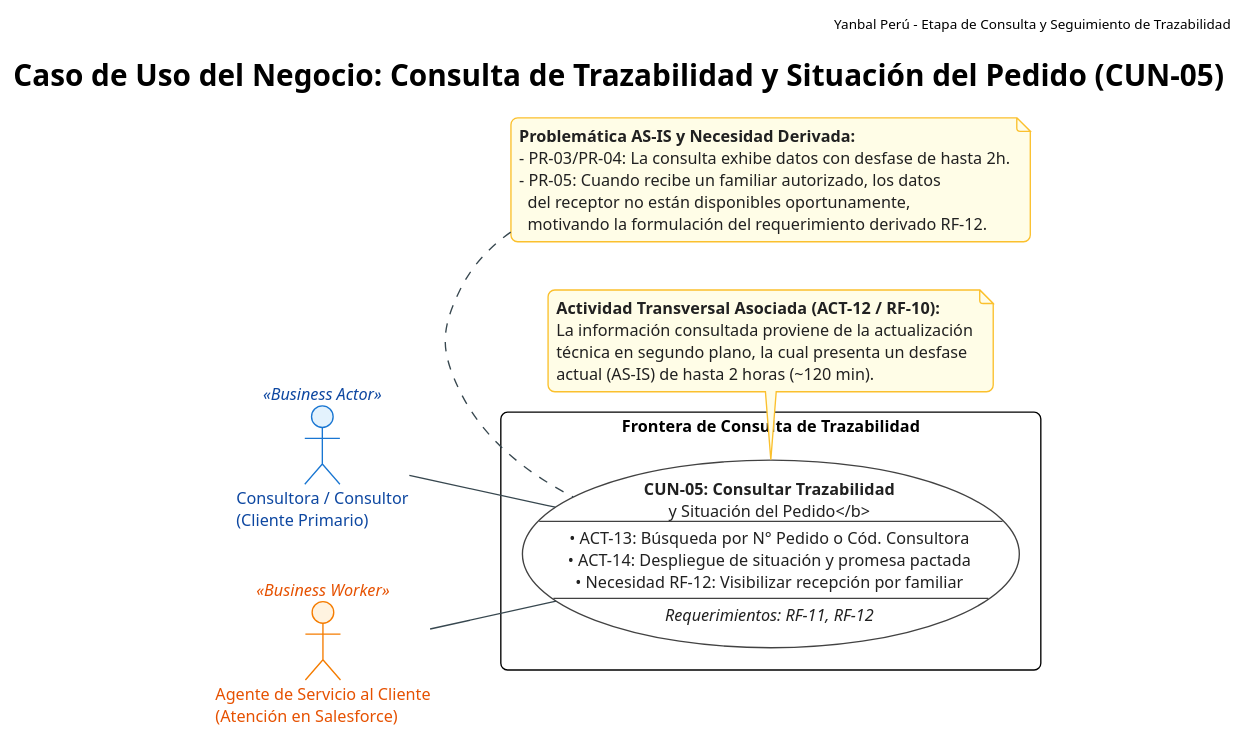
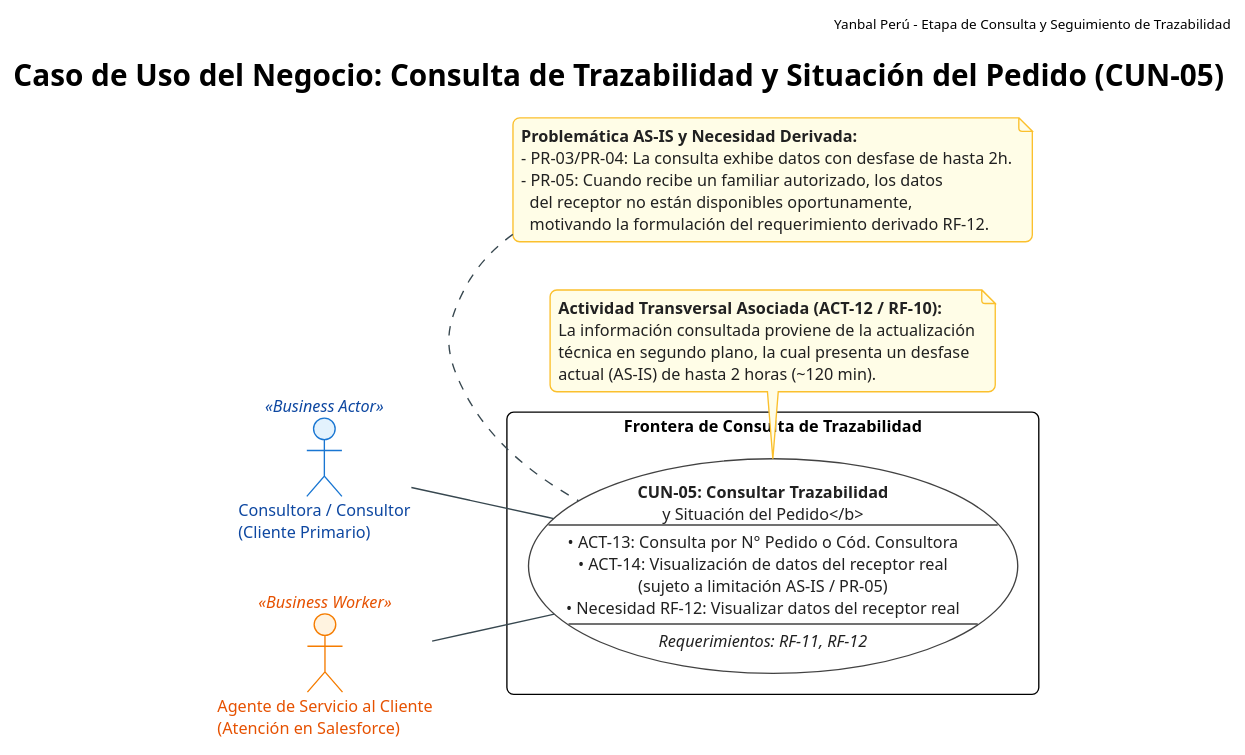
Before and after one commit to SaraviaH/arq-emp: the diagram in arq-emp AS-IS/Diagrama de Casos de Uso del Negocio (CUN)/CUN_Paquete_Consulta.puml, drawn with PlantUML. The commit also changed 8 other files, not shown here.

```diff
--- a/arq-emp AS-IS/Diagrama de Casos de Uso del Negocio (CUN)/CUN_Paquete_Consulta.puml
+++ b/arq-emp AS-IS/Diagrama de Casos de Uso del Negocio (CUN)/CUN_Paquete_Consulta.puml
@@ -1,65 +1,65 @@
 @startuml CUN_Paquete_Consulta
 !theme plain
 skinparam shadowing false
 skinparam roundcorner 10
 skinparam defaultFontName "Arial"
 skinparam defaultFontSize 12
 
 skinparam actor {
     BackgroundColor<<Business Actor>> #E3F2FD
     BorderColor<<Business Actor>> #1976D2
     FontColor<<Business Actor>> #0D47A1
     
     BackgroundColor<<Business Worker>> #FFF3E0
     BorderColor<<Business Worker>> #F57C00
     FontColor<<Business Worker>> #E65100
 }
 
 skinparam usecase {
     BackgroundColor #FFFFFF
     BorderColor #424242
     ArrowColor #37474F
     FontColor #212121
 }
 
 skinparam note {
     BackgroundColor #FFFDE7
     BorderColor #FBC02D
     FontColor #212121
 }
 
 left to right direction
 
 header Yanbal Perú - Etapa de Consulta y Seguimiento de Trazabilidad
 title Caso de Uso del Negocio: Consulta de Trazabilidad y Situación del Pedido (CUN-05)
 
 actor "Consultora / Consultor\n(Cliente Primario)" as ActorConsultora <<Business Actor>>
 actor "Agente de Servicio al Cliente\n(Atención en Salesforce)" as WorkerAgente <<Business Worker>>
 
 rectangle "Frontera de Consulta de Trazabilidad" {
-    usecase "<b>CUN-05: Consultar Trazabilidad\ny Situación del Pedido</b>\n---\n• ACT-13: Búsqueda por N° Pedido o Cód. Consultora\n• ACT-14: Despliegue de situación y promesa pactada\n• Necesidad RF-12: Visibilizar recepción por familiar\n---\n<i>Requerimientos: RF-11, RF-12</i>" as CUN05
+    usecase "<b>CUN-05: Consultar Trazabilidad\ny Situación del Pedido</b>\n---\n• ACT-13: Consulta por N° Pedido o Cód. Consultora\n• ACT-14: Visualización de datos del receptor real\n(sujeto a limitación AS-IS / PR-05)\n• Necesidad RF-12: Visualizar datos del receptor real\n---\n<i>Requerimientos: RF-11, RF-12</i>" as CUN05
 }
 
 ' =======================================================
 ' RELACIONES DE ASOCIACIÓN (ACTORES <-> CUN)
 ' Asociaciones estándar UML (sin direccionalidad de flujo)
 ' =======================================================
 ActorConsultora -- CUN05
 WorkerAgente -- CUN05
 
 note bottom of CUN05
   <b>Actividad Transversal Asociada (ACT-12 / RF-10):</b>
   La información consultada proviene de la actualización
   técnica en segundo plano, la cual presenta un desfase
   actual (AS-IS) de hasta 2 horas (~120 min).
 end note
 
 note top of CUN05
   <b>Problemática AS-IS y Necesidad Derivada:</b>
   - PR-03/PR-04: La consulta exhibe datos con desfase de hasta 2h.
   - PR-05: Cuando recibe un familiar autorizado, los datos
     del receptor no están disponibles oportunamente,
     motivando la formulación del requerimiento derivado RF-12.
 end note
 
 @enduml
```
